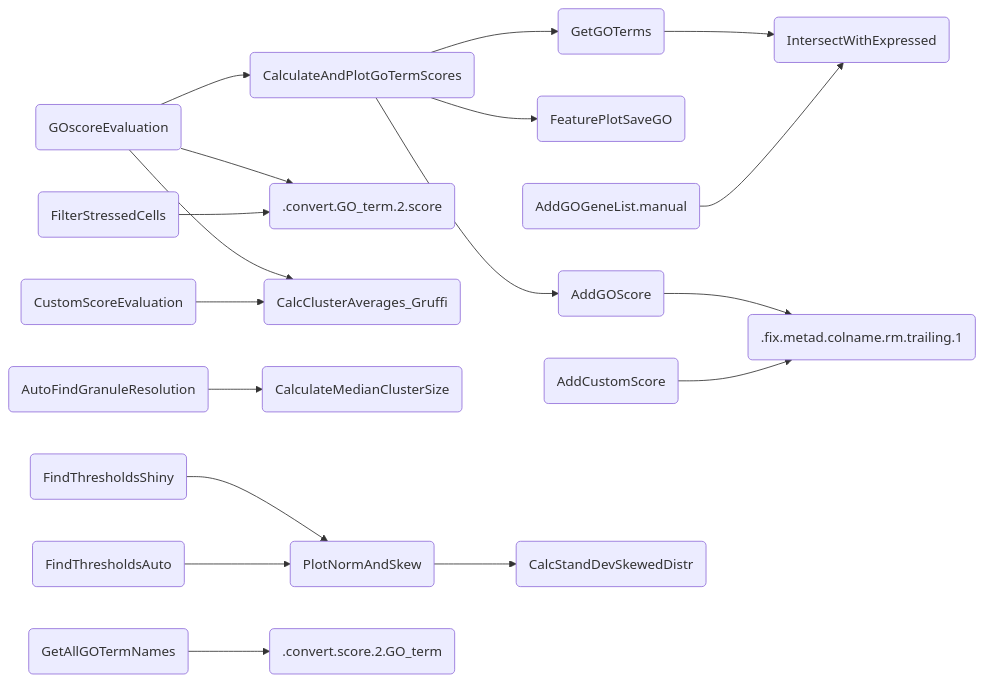
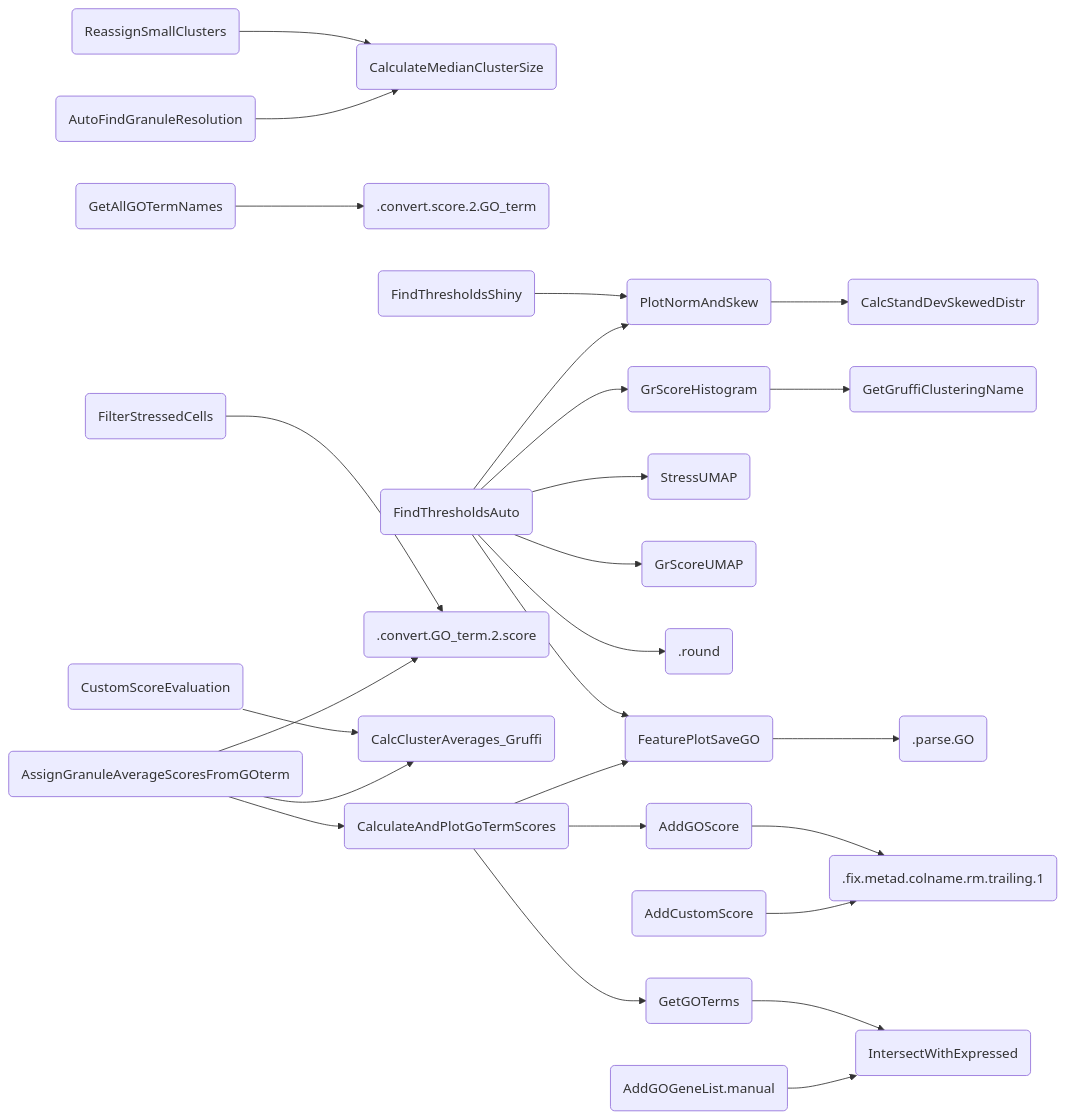
One commit to jn-goe/gruffi changed the diagram in Functions.md. Above: the diagram before and after it, drawn with Mermaid. The commit also changed other lines of this file and 2 other files, not shown here.

````diff
--- a/Functions.md
+++ b/Functions.md
@@ -5,24 +7,29 @@
 ```mermaid
-flowchart LR
+ flowchart LR 
 
-  GetGOTerms(GetGOTerms) --> IntersectWithExpressed(IntersectWithExpressed)
-  CalculateAndPlotGoTermScores(CalculateAndPlotGoTermScores) --> FeaturePlotSaveGO(FeaturePlotSaveGO)
-  CalculateAndPlotGoTermScores(CalculateAndPlotGoTermScores) --> GetGOTerms(GetGOTerms)
-  CalculateAndPlotGoTermScores(CalculateAndPlotGoTermScores) --> AddGOScore(AddGOScore)
-  GOscoreEvaluation(GOscoreEvaluation) --> CalculateAndPlotGoTermScores(CalculateAndPlotGoTermScores)
-  GOscoreEvaluation(GOscoreEvaluation) --> .convert.GO_term.2.score(.convert.GO_term.2.score)
-  GOscoreEvaluation(GOscoreEvaluation) -->   CalcClusterAverages_Gruffi(CalcClusterAverages_Gruffi)
+  ReassignSmallClusters(ReassignSmallClusters) --> CalculateMedianClusterSize(CalculateMedianClusterSize)
+  GetAllGOTermNames(GetAllGOTermNames) --> .convert.score.2.GO_term(.convert.score.2.GO_term)
+  FindThresholdsShiny(FindThresholdsShiny) --> PlotNormAndSkew(PlotNormAndSkew)
+  PlotNormAndSkew(PlotNormAndSkew) --> CalcStandDevSkewedDistr(CalcStandDevSkewedDistr)
+  GrScoreHistogram(GrScoreHistogram) --> GetGruffiClusteringName(GetGruffiClusteringName)
+  FindThresholdsAuto(FindThresholdsAuto) --> StressUMAP(StressUMAP)
+  FindThresholdsAuto(FindThresholdsAuto) --> PlotNormAndSkew(PlotNormAndSkew)
+  FindThresholdsAuto(FindThresholdsAuto) --> GrScoreUMAP(GrScoreUMAP)
+  FindThresholdsAuto(FindThresholdsAuto) --> GrScoreHistogram(GrScoreHistogram)
+  FindThresholdsAuto(FindThresholdsAuto) --> .round(.round)
+  FindThresholdsAuto(FindThresholdsAuto) --> FeaturePlotSaveGO(FeaturePlotSaveGO)
   FilterStressedCells(FilterStressedCells) --> .convert.GO_term.2.score(.convert.GO_term.2.score)
   CustomScoreEvaluation(CustomScoreEvaluation) --> CalcClusterAverages_Gruffi(CalcClusterAverages_Gruffi)
+  GetGOTerms(GetGOTerms) --> IntersectWithExpressed(IntersectWithExpressed)
+  FeaturePlotSaveGO(FeaturePlotSaveGO) --> .parse.GO(.parse.GO)
   AutoFindGranuleResolution(AutoFindGranuleResolution) --> CalculateMedianClusterSize(CalculateMedianClusterSize)
+  CalculateAndPlotGoTermScores(CalculateAndPlotGoTermScores) --> GetGOTerms(GetGOTerms)
+  CalculateAndPlotGoTermScores(CalculateAndPlotGoTermScores) --> FeaturePlotSaveGO(FeaturePlotSaveGO)
+  CalculateAndPlotGoTermScores(CalculateAndPlotGoTermScores) --> AddGOScore(AddGOScore)
+  AssignGranuleAverageScoresFromGOterm(AssignGranuleAverageScoresFromGOterm) --> CalculateAndPlotGoTermScores(CalculateAndPlotGoTermScores)
+  AssignGranuleAverageScoresFromGOterm(AssignGranuleAverageScoresFromGOterm) --> CalcClusterAverages_Gruffi(CalcClusterAverages_Gruffi)
+  AssignGranuleAverageScoresFromGOterm(AssignGranuleAverageScoresFromGOterm) --> .convert.GO_term.2.score(.convert.GO_term.2.score)
   AddGOScore(AddGOScore) --> .fix.metad.colname.rm.trailing.1(.fix.metad.colname.rm.trailing.1)
   AddGOGeneList.manual(AddGOGeneList.manual) --> IntersectWithExpressed(IntersectWithExpressed)
   AddCustomScore(AddCustomScore) --> .fix.metad.colname.rm.trailing.1(.fix.metad.colname.rm.trailing.1)
-
-  FindThresholdsShiny(FindThresholdsShiny) --> PlotNormAndSkew(PlotNormAndSkew)
-  FindThresholdsAuto(FindThresholdsAuto) --> PlotNormAndSkew(PlotNormAndSkew)
-  PlotNormAndSkew(PlotNormAndSkew) --> CalcStandDevSkewedDistr(CalcStandDevSkewedDistr)
-
-  GetAllGOTermNames(GetAllGOTermNames) --> .convert.score.2.GO_term(.convert.score.2.GO_term)
-
 ```
````
